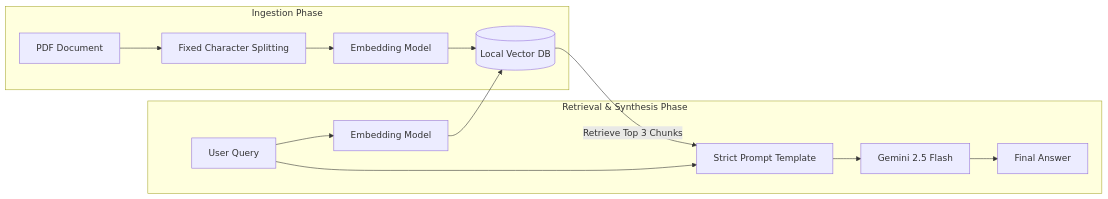
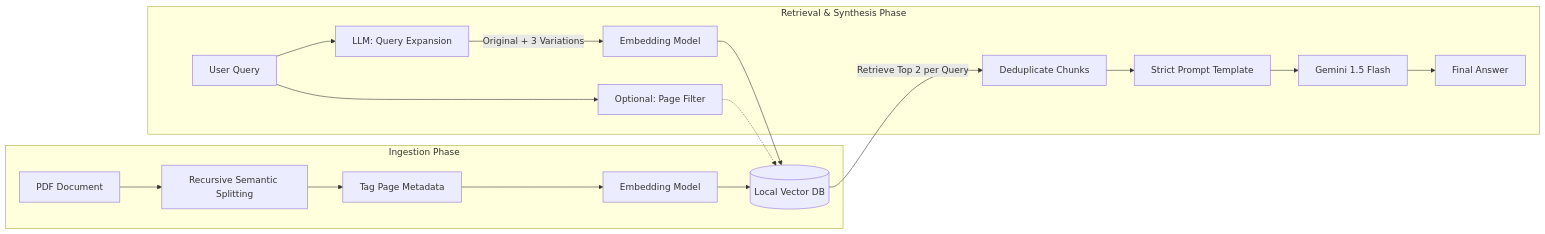
The diagram in README.md (AryanGusain-dev/ScholarRAG), drawn with Mermaid before and after one commit. The commit also changed other lines of this file and 7 other files, not shown here.

````diff
--- a/README.md
+++ b/README.md
@@ -13,19 +38,23 @@
 ```mermaid
 graph LR
     %% Data Ingestion Pipeline
     subgraph Ingestion Phase
-        Doc[PDF Document] --> Chunk[Fixed Character Splitting]
-        Chunk --> Embed1[Embedding Model]
+        Doc[PDF Document] --> Chunk[Recursive Semantic Splitting]
+        Chunk --> Meta[Tag Page Metadata]
+        Meta --> Embed1[Embedding Model]
         Embed1 --> DB[(Local Vector DB)]
     end
 
     %% Retrieval & Generation Pipeline
     subgraph Retrieval & Synthesis Phase
-        Q[User Query] --> Embed2[Embedding Model]
+        Q[User Query] --> Filter[Optional: Page Filter]
+        Q --> Expand[LLM: Query Expansion]
+        Expand -->|Original + 3 Variations| Embed2[Embedding Model]
         Embed2 --> DB
-        DB -->|Retrieve Top 3 Chunks| Prompt[Strict Prompt Template]
-        Q --> Prompt
-        Prompt --> LLM[Gemini 2.5 Flash]
+        Filter -.-> DB
+        DB -->|Retrieve Top 2 per Query| Dedup[Deduplicate Chunks]
+        Dedup --> Prompt[Strict Prompt Template]
+        Prompt --> LLM[Gemini 1.5 Flash]
         LLM --> Ans[Final Answer]
     end
 ```
````
